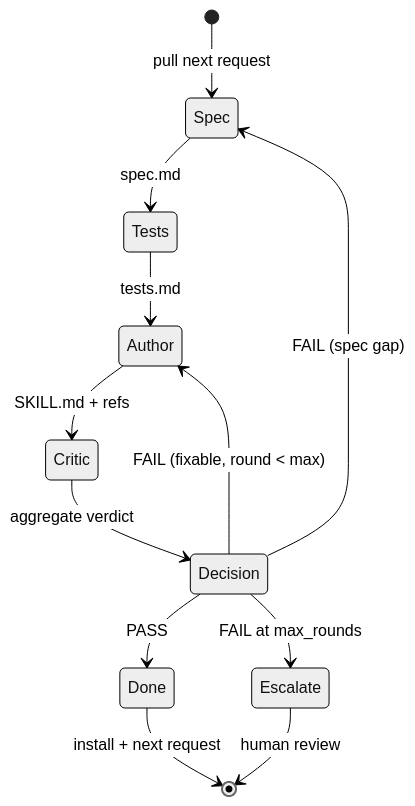
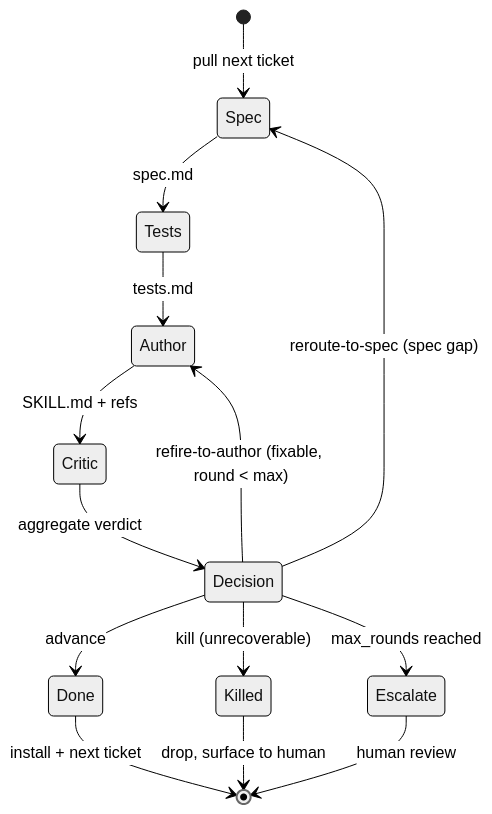
The diagram in plugins/skill-agent-brigade/skills/expo/SKILL.md (RayDataCo/ray-plugins), drawn with Mermaid (neutral theme) before and after one commit. The commit also changed other lines of this file and 11 other files, not shown here.

````diff
--- a/plugins/skill-agent-brigade/skills/expo/SKILL.md
+++ b/plugins/skill-agent-brigade/skills/expo/SKILL.md
@@ -38,14 +42,16 @@
 ```mermaid
 stateDiagram-v2
-    [*] --> Spec: pull next request
+    [*] --> Spec: pull next ticket
     Spec --> Tests: spec.md
     Tests --> Author: tests.md
     Author --> Critic: SKILL.md + refs
     Critic --> Decision: aggregate verdict
-    Decision --> Done: PASS
-    Decision --> Author: FAIL (fixable, round < max)
-    Decision --> Spec: FAIL (spec gap)
-    Decision --> Escalate: FAIL at max_rounds
-    Done --> [*]: install + next request
+    Decision --> Done: advance
+    Decision --> Author: refire-to-author (fixable, round < max)
+    Decision --> Spec: reroute-to-spec (spec gap)
+    Decision --> Killed: kill (unrecoverable)
+    Decision --> Escalate: max_rounds reached
+    Done --> [*]: install + next ticket
+    Killed --> [*]: drop, surface to human
     Escalate --> [*]: human review
 ```
````
